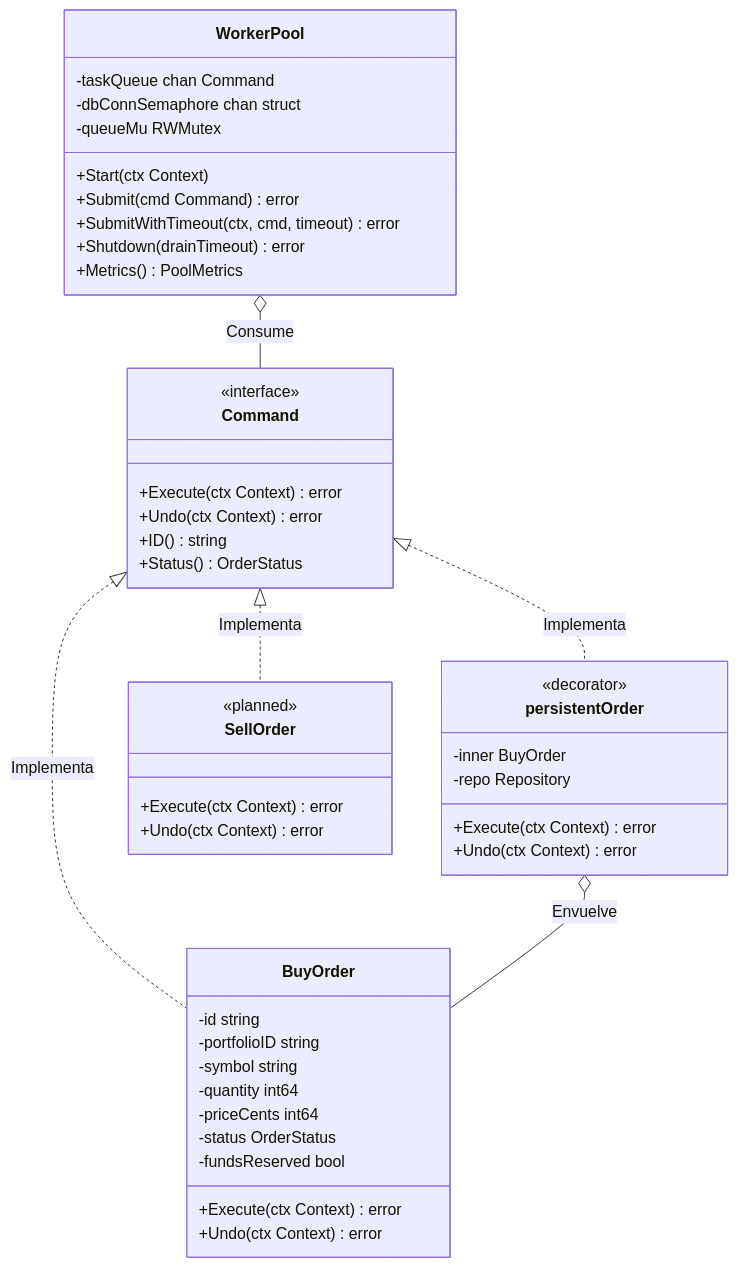
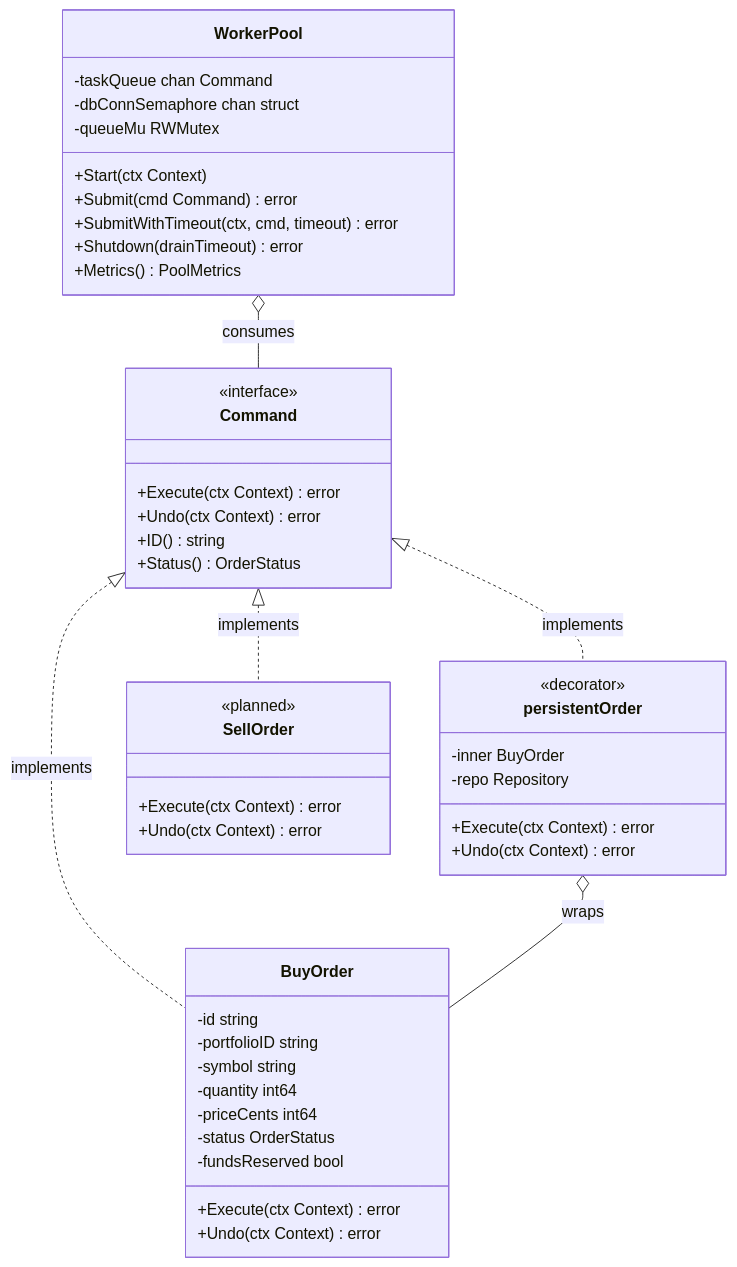
The second of 5 diagrams in docs/architecture-design.md (ggonzalez36/AI-Advisor), drawn with Mermaid before and after one commit. The commit also changed other lines of this file and 50 other files, not shown here.

First line of the commit message:
docs: translate the repository to English and add architecture guides

````diff
--- a/docs/architecture-design.md
+++ b/docs/architecture-design.md
@@ -105,55 +106,55 @@
 ```mermaid
 classDiagram
     direction TB
 
     class Command {
         <<interface>>
         +Execute(ctx Context) error
         +Undo(ctx Context) error
         +ID() string
         +Status() OrderStatus
     }
 
     class BuyOrder {
         -id string
         -portfolioID string
         -symbol string
         -quantity int64
         -priceCents int64
         -status OrderStatus
         -fundsReserved bool
         +Execute(ctx Context) error
         +Undo(ctx Context) error
     }
 
     class persistentOrder {
         <<decorator>>
         -inner BuyOrder
         -repo Repository
         +Execute(ctx Context) error
         +Undo(ctx Context) error
     }
 
     class SellOrder {
         <<planned>>
         +Execute(ctx Context) error
         +Undo(ctx Context) error
     }
 
     class WorkerPool {
         -taskQueue chan Command
         -dbConnSemaphore chan struct
         -queueMu RWMutex
         +Start(ctx Context)
         +Submit(cmd Command) error
         +SubmitWithTimeout(ctx, cmd, timeout) error
         +Shutdown(drainTimeout) error
         +Metrics() PoolMetrics
     }
 
-    Command <|.. BuyOrder : Implementa
-    Command <|.. persistentOrder : Implementa
-    Command <|.. SellOrder : Implementa
-    persistentOrder o-- BuyOrder : Envuelve
-    WorkerPool o-- Command : Consume
+    Command <|.. BuyOrder : implements
+    Command <|.. persistentOrder : implements
+    Command <|.. SellOrder : implements
+    persistentOrder o-- BuyOrder : wraps
+    WorkerPool o-- Command : consumes
 ```
````
